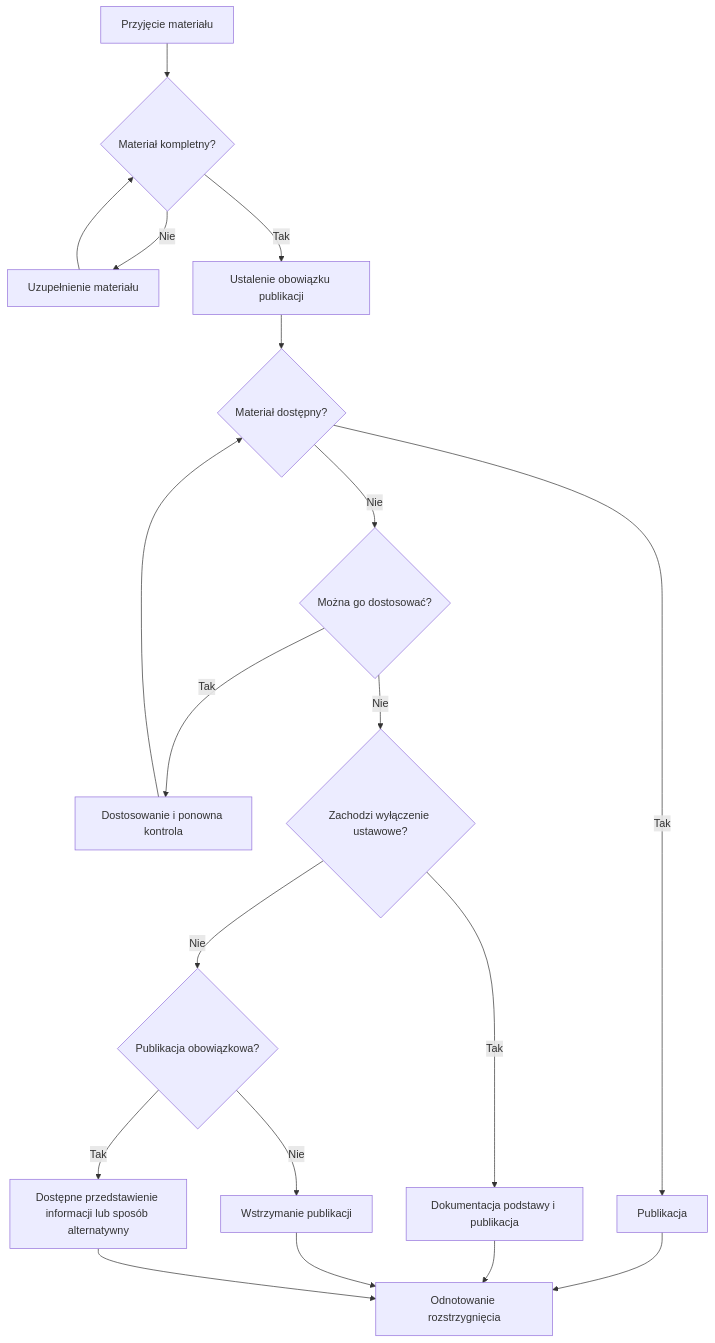
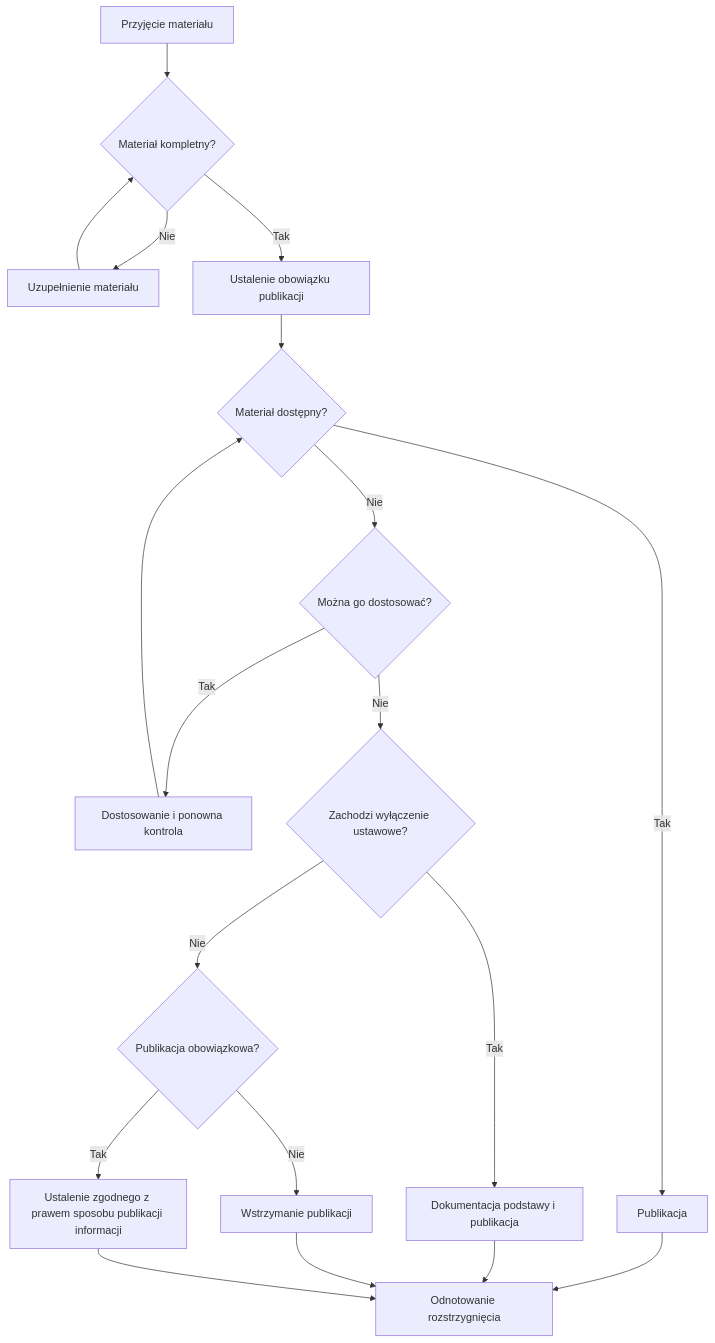
The diagram in documentation/docs/komunikacja/tresci-od-innych-podmiotow/proces-publikacji.md (Siec-Dostepnosci-Cyfrowej/sdc), drawn with Mermaid before and after one commit. The commit also changed other lines of this file, not shown here.

Commit message:
docs: clarify publication decision flow

````diff
--- a/documentation/docs/komunikacja/tresci-od-innych-podmiotow/proces-publikacji.md
+++ b/documentation/docs/komunikacja/tresci-od-innych-podmiotow/proces-publikacji.md
@@ -17,21 +17,21 @@
 ```mermaid
 flowchart TD
     A["Przyjęcie materiału"] --> B{"Materiał kompletny?"}
     B -->|Nie| C["Uzupełnienie materiału"]
     C --> B
     B -->|Tak| D["Ustalenie obowiązku publikacji"]
     D --> E{"Materiał dostępny?"}
     E -->|Tak| F["Publikacja"]
     E -->|Nie| G{"Można go dostosować?"}
     G -->|Tak| H["Dostosowanie i ponowna kontrola"]
     H --> E
     G -->|Nie| I{"Zachodzi wyłączenie ustawowe?"}
     I -->|Tak| J["Dokumentacja podstawy i publikacja"]
     I -->|Nie| K{"Publikacja obowiązkowa?"}
     K -->|Nie| L["Wstrzymanie publikacji"]
-    K -->|Tak| M["Dostępne przedstawienie informacji lub sposób alternatywny"]
+    K -->|Tak| M["Ustalenie zgodnego z prawem sposobu publikacji informacji"]
     F --> N["Odnotowanie rozstrzygnięcia"]
     J --> N
     L --> N
     M --> N
 ```
````
